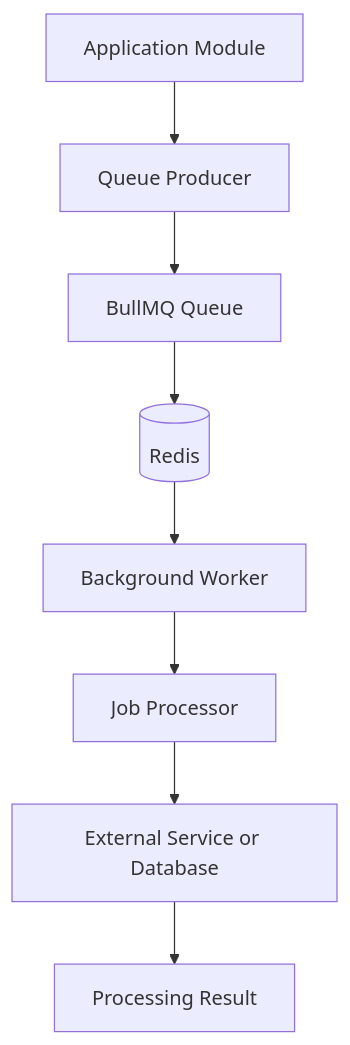
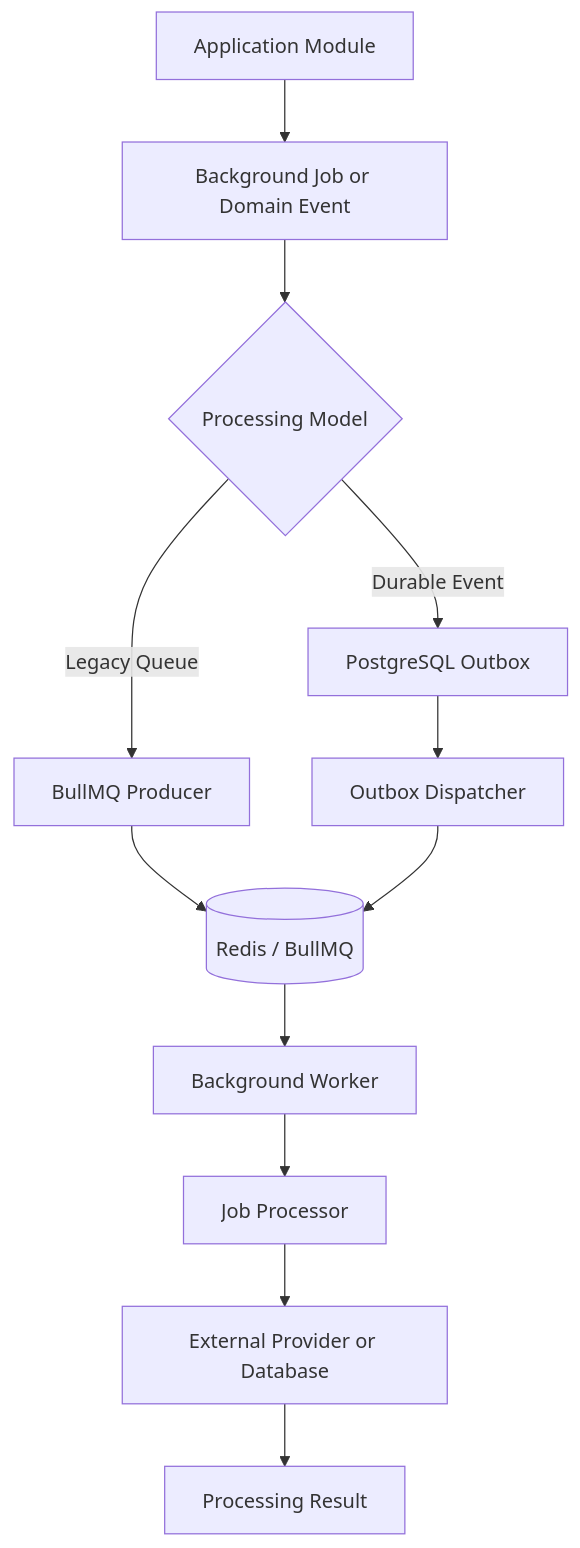
Before and after one commit to Afzal14786/writespace: the first of 5 diagrams in docs/operations/background-jobs.md, drawn with Mermaid. The commit also changed other lines of this file, not shown here.

Commit message:
docs(operations): document notification background workers

````diff
--- a/docs/operations/background-jobs.md
+++ b/docs/operations/background-jobs.md
@@ -30,10 +36,19 @@
 ```mermaid
 flowchart TD
-    A[Application Module] --> B[Queue Producer]
-    B --> C[BullMQ Queue]
-    C --> D[(Redis)]
-    D --> E[Background Worker]
-    E --> F[Job Processor]
-    F --> G[External Service or Database]
-    G --> H[Processing Result]
+    A[Application Module] --> B[Background Job or Domain Event]
+
+    B --> C{Processing Model}
+
+    C -->|Legacy Queue| D[BullMQ Producer]
+    C -->|Durable Event| E[PostgreSQL Outbox]
+
+    D --> F[(Redis / BullMQ)]
+    E --> G[Outbox Dispatcher]
+    G --> F
+
+    F --> H[Background Worker]
+    H --> I[Job Processor]
+
+    I --> J[External Provider or Database]
+    J --> K[Processing Result]
 ```
````
